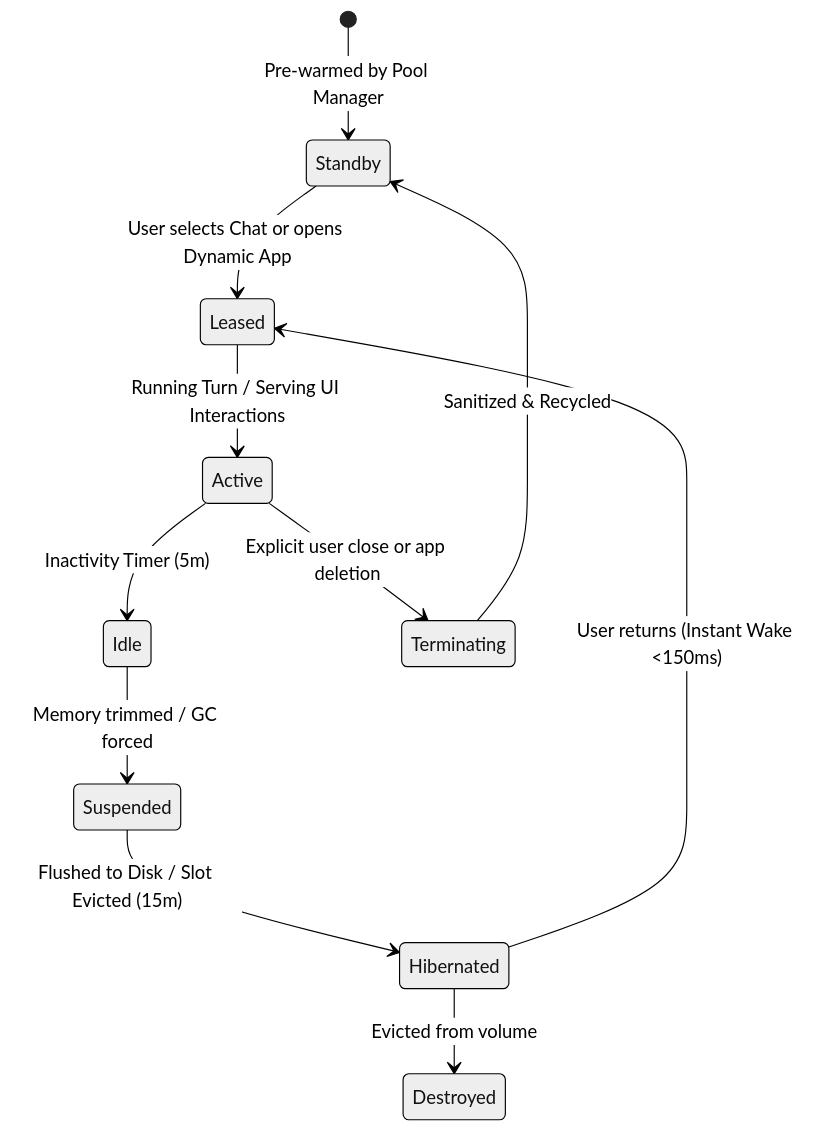
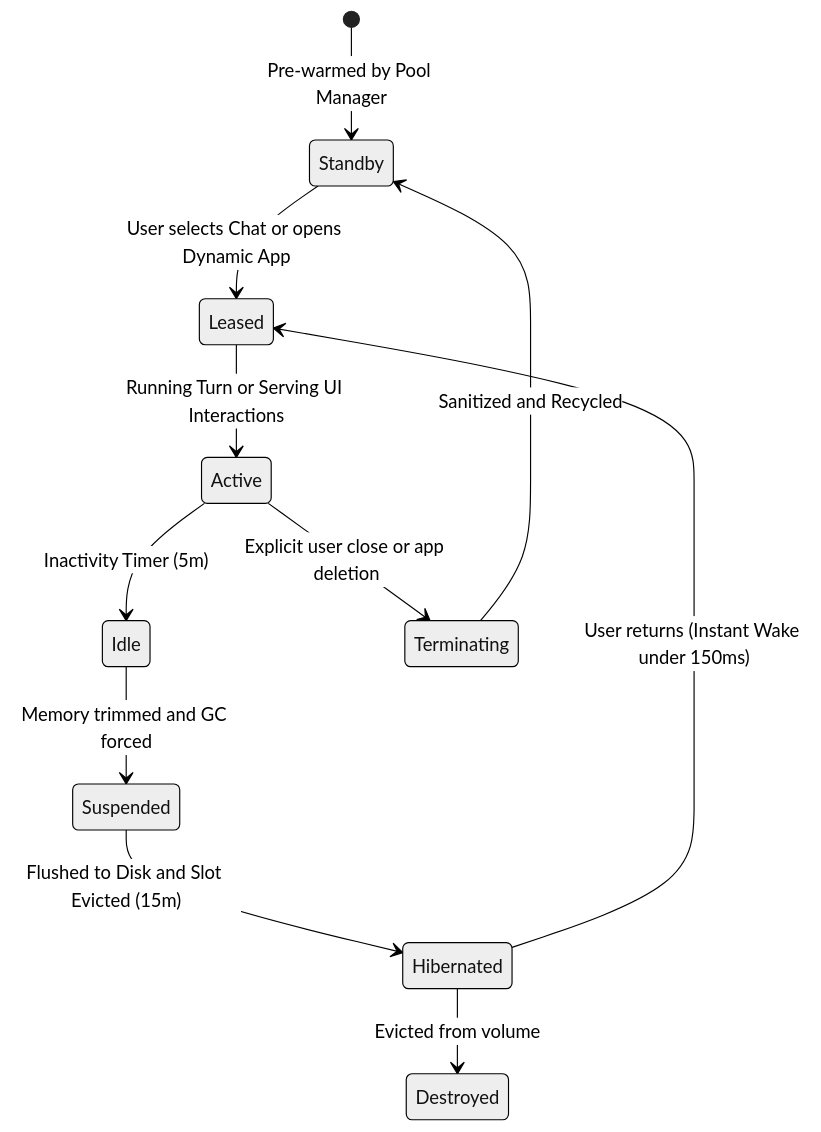
Before and after one commit to nranjan2code/vakyartha: the second of 6 diagrams in docs/sandboxed-apps/ARCHITECTURE.md, drawn with Mermaid (neutral theme). The commit also changed other lines of this file, not shown here.

Commit message:
docs(sandboxed-apps): fix mermaid syntax errors for GitHub rendering

````diff
--- a/docs/sandboxed-apps/ARCHITECTURE.md
+++ b/docs/sandboxed-apps/ARCHITECTURE.md
@@ -171,13 +171,13 @@
 ```mermaid
 stateDiagram-v2
     [*] --> Standby: Pre-warmed by Pool Manager
     Standby --> Leased: User selects Chat or opens Dynamic App
-    Leased --> Active: Running Turn / Serving UI Interactions
+    Leased --> Active: Running Turn or Serving UI Interactions
     Active --> Idle: Inactivity Timer (5m)
-    Idle --> Suspended: Memory trimmed / GC forced
-    Suspended --> Hibernated: Flushed to Disk / Slot Evicted (15m)
-    Hibernated --> Leased: User returns (Instant Wake <150ms)
+    Idle --> Suspended: Memory trimmed and GC forced
+    Suspended --> Hibernated: Flushed to Disk and Slot Evicted (15m)
+    Hibernated --> Leased: User returns (Instant Wake under 150ms)
     Active --> Terminating: Explicit user close or app deletion
     Hibernated --> Destroyed: Evicted from volume
-    Terminating --> Standby: Sanitized & Recycled
+    Terminating --> Standby: Sanitized and Recycled
 ```
````
